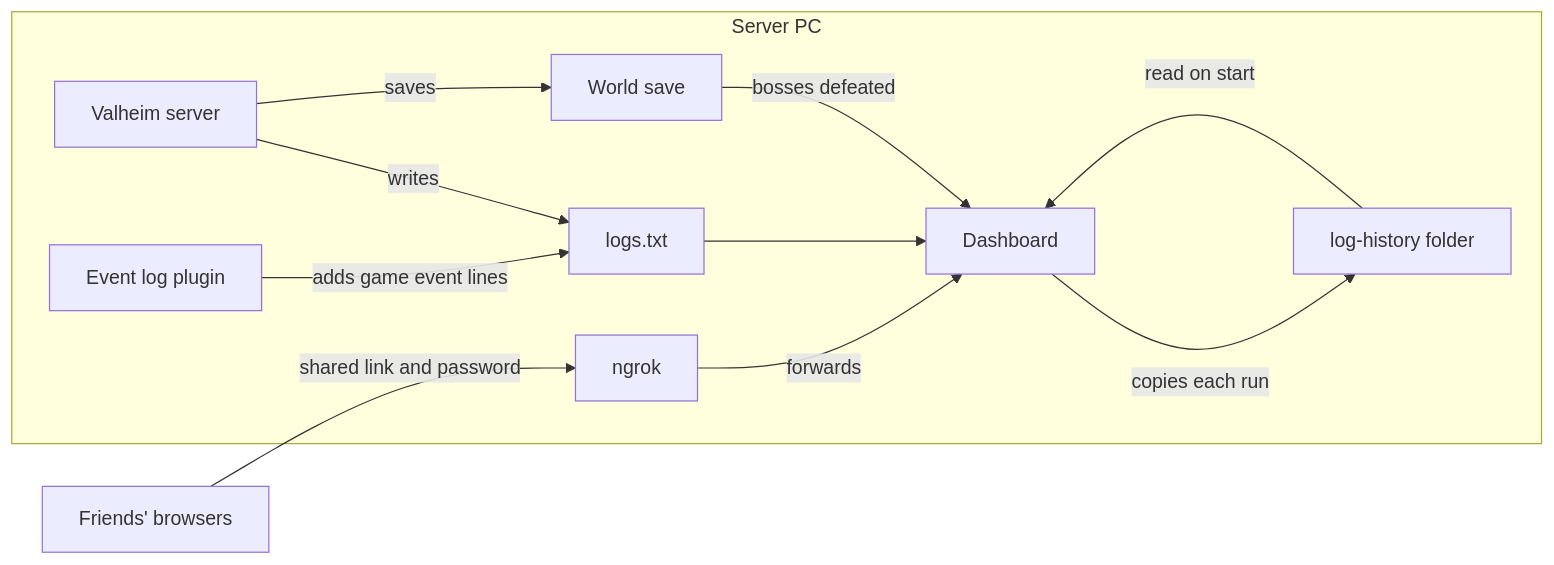
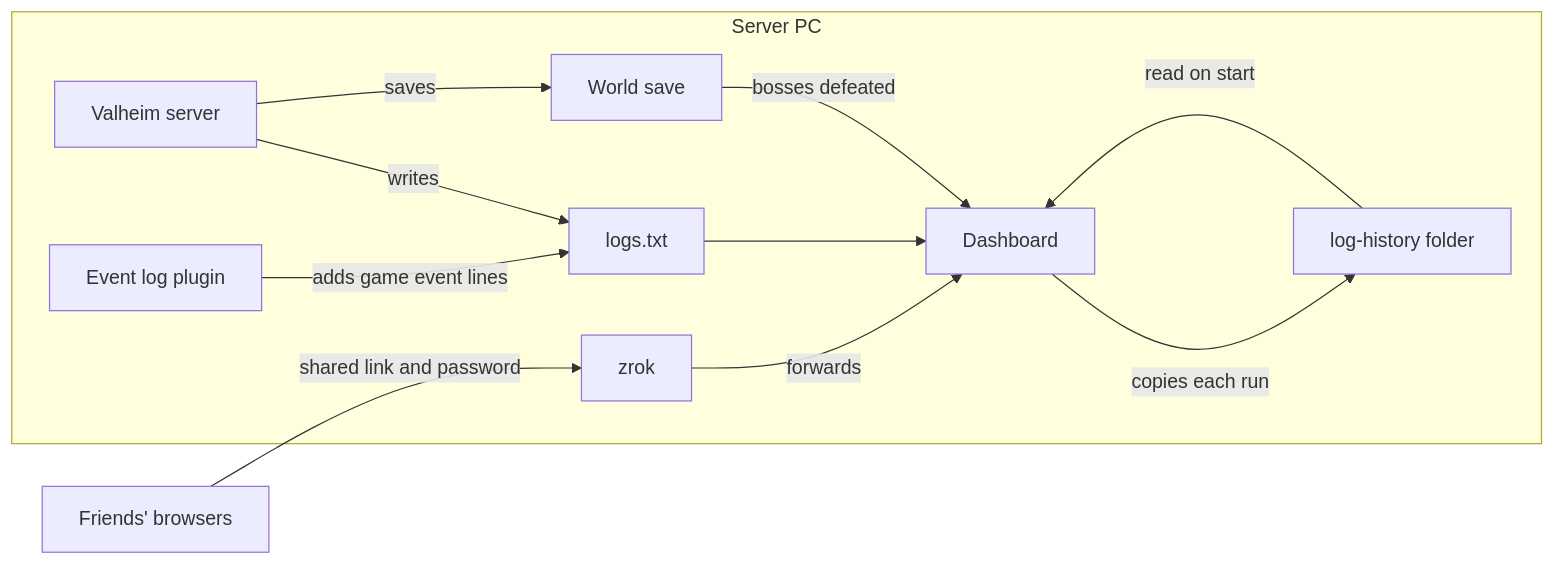
One commit to cristiadu/valheim-dashboard changed the first of 17 diagrams in docs/architecture.md. Above: the diagram before and after it, drawn with Mermaid. The commit also changed other lines of this file and 6 other files, not shown here.

Commit message:
Share the dashboard through zrok and remove ngrok (#73)

````diff
--- a/docs/architecture.md
+++ b/docs/architecture.md
@@ -6,14 +6,14 @@
 ```mermaid
 flowchart LR
   subgraph pc[Server PC]
     game[Valheim server] -->|writes| log[logs.txt]
     plugin[Event log plugin] -->|adds game event lines| log
     log --> dash[Dashboard]
     dash -->|copies each run| hist[log-history folder]
     hist -->|read on start| dash
     game -->|saves| save[World save]
     save -->|bosses defeated| dash
-    ngrok[ngrok] -->|forwards| dash
+    zrok[zrok] -->|forwards| dash
   end
-  friends[Friends' browsers] -->|shared link and password| ngrok
+  friends[Friends' browsers] -->|shared link and password| zrok
 ```
````
